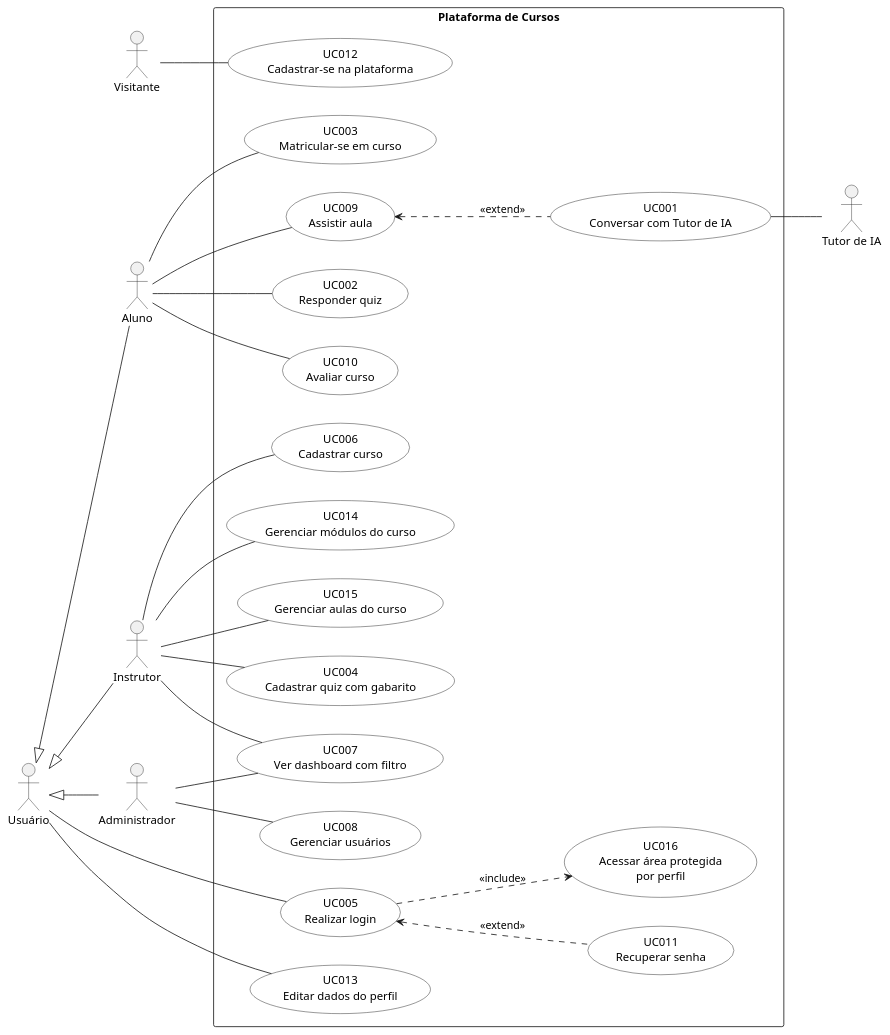
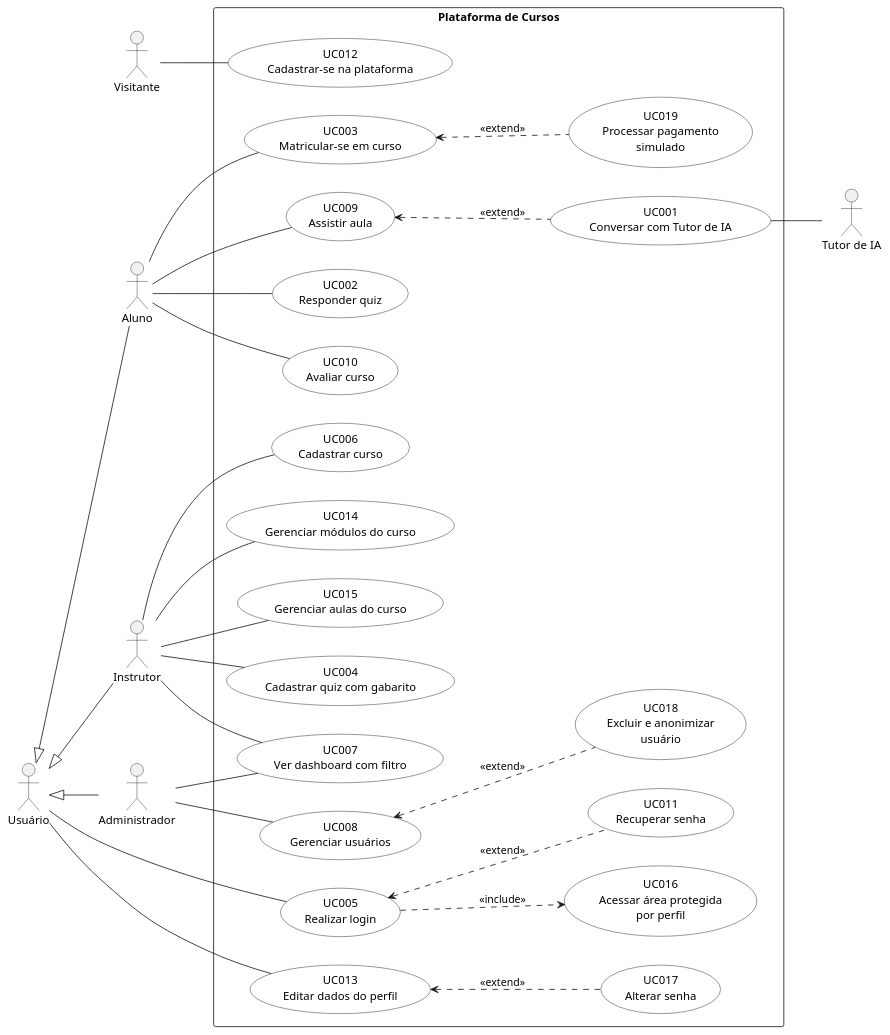
One commit to Plataforma-de-Cursos-TCC/plataforma-cursos-docs changed the diagram in especificacao/diagramas/09-casos-de-uso.puml. Above: the diagram before and after it, drawn with PlantUML. The commit also changed 26 other files, not shown here.

```diff
--- a/especificacao/diagramas/09-casos-de-uso.puml
+++ b/especificacao/diagramas/09-casos-de-uso.puml
@@ -5,60 +5,66 @@
 @startuml 09-casos-de-uso
 left to right direction
 skinparam shadowing false
 skinparam defaultFontName Arial
 skinparam usecase {
   BackgroundColor white
   BorderColor black
 }
 skinparam actorStyle stickman
 
 actor Visitante as VIS
 actor "Usuário" as USU
 actor Aluno as ALU
 actor Instrutor as INS
 actor Administrador as ADM
 actor "Tutor de IA" as TUT
 
 USU <|-- ALU
 USU <|-- INS
 USU <|-- ADM
 
 rectangle "Plataforma de Cursos" {
   usecase "UC012\nCadastrar-se na plataforma" as UC012
   usecase "UC005\nRealizar login" as UC005
   usecase "UC011\nRecuperar senha" as UC011
   usecase "UC016\nAcessar área protegida\npor perfil" as UC016
   usecase "UC013\nEditar dados do perfil" as UC013
+  usecase "UC017\nAlterar senha" as UC017
   usecase "UC003\nMatricular-se em curso" as UC003
+  usecase "UC019\nProcessar pagamento\nsimulado" as UC019
   usecase "UC009\nAssistir aula" as UC009
   usecase "UC001\nConversar com Tutor de IA" as UC001
   usecase "UC002\nResponder quiz" as UC002
   usecase "UC010\nAvaliar curso" as UC010
   usecase "UC006\nCadastrar curso" as UC006
   usecase "UC014\nGerenciar módulos do curso" as UC014
   usecase "UC015\nGerenciar aulas do curso" as UC015
   usecase "UC004\nCadastrar quiz com gabarito" as UC004
   usecase "UC007\nVer dashboard com filtro" as UC007
   usecase "UC008\nGerenciar usuários" as UC008
+  usecase "UC018\nExcluir e anonimizar\nusuário" as UC018
 }
 
 VIS -- UC012
 USU -- UC005
 USU -- UC013
 ALU -- UC003
 ALU -- UC009
 ALU -- UC002
 ALU -- UC010
 INS -- UC006
 INS -- UC014
 INS -- UC015
 INS -- UC004
 INS -- UC007
 ADM -- UC007
 ADM -- UC008
 UC001 -- TUT
 
 UC005 ..> UC016 : <<include>>
 UC005 <.. UC011 : <<extend>>
 UC009 <.. UC001 : <<extend>>
+UC013 <.. UC017 : <<extend>>
+UC003 <.. UC019 : <<extend>>
+UC008 <.. UC018 : <<extend>>
 @enduml
```
